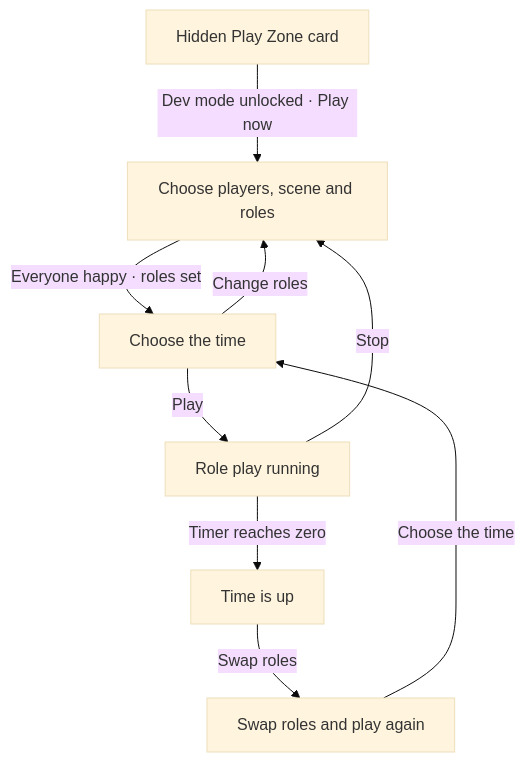
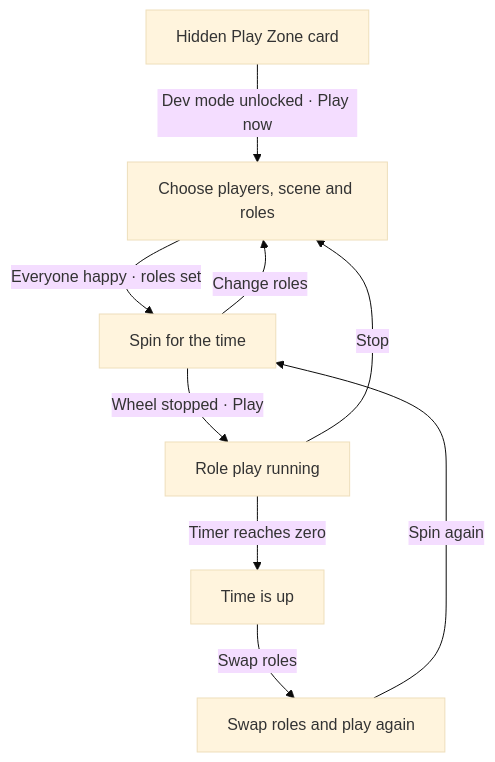
One commit to missionode/lite changed diagram 22 of 56 in docs/app-map/FLOW-REFERENCE.md. Above: the diagram before and after it, drawn with Mermaid (base theme). The commit also changed other lines of this file and 33 other files, not shown here.

First line of the commit message:
feat(role-play): players 2/3/3+, no scripted story, spinner-wheel timer

````diff
--- a/docs/app-map/FLOW-REFERENCE.md
+++ b/docs/app-map/FLOW-REFERENCE.md
@@ -1152,17 +1152,17 @@
 ```mermaid
 flowchart TD
   locked["Hidden Play Zone card"]
   roles["Choose players, scene and roles"]
-  timer["Choose the time"]
+  wheel["Spin for the time"]
   play["Role play running"]
   chime["Time is up"]
   again["Swap roles and play again"]
   locked -->|"Dev mode unlocked · Play now"| roles
-  roles -->|"Everyone happy · roles set"| timer
-  timer -->|"Change roles"| roles
-  timer -->|"Play"| play
+  roles -->|"Everyone happy · roles set"| wheel
+  wheel -->|"Change roles"| roles
+  wheel -->|"Wheel stopped · Play"| play
   play -->|"Timer reaches zero"| chime
   play -->|"Stop"| roles
   chime -->|"Swap roles"| again
-  again -->|"Choose the time"| timer
+  again -->|"Spin again"| wheel
 ```
````
